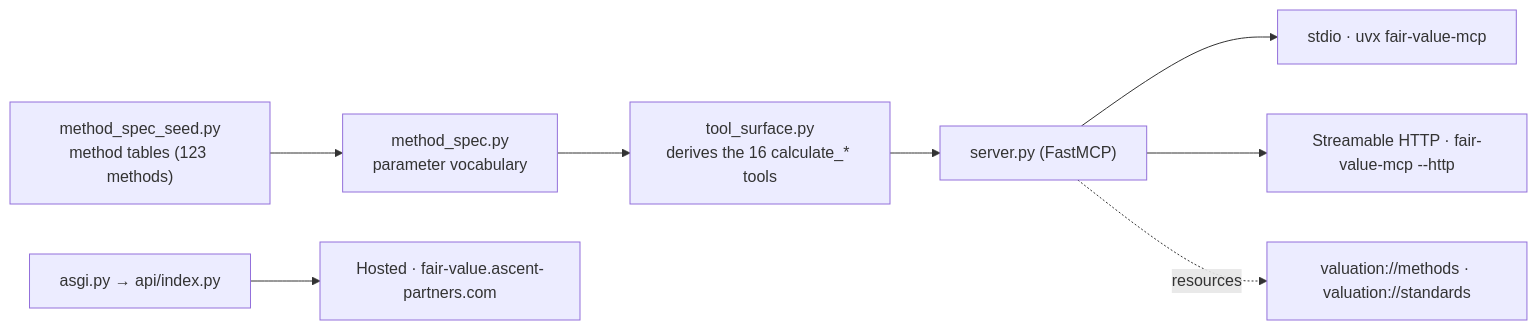
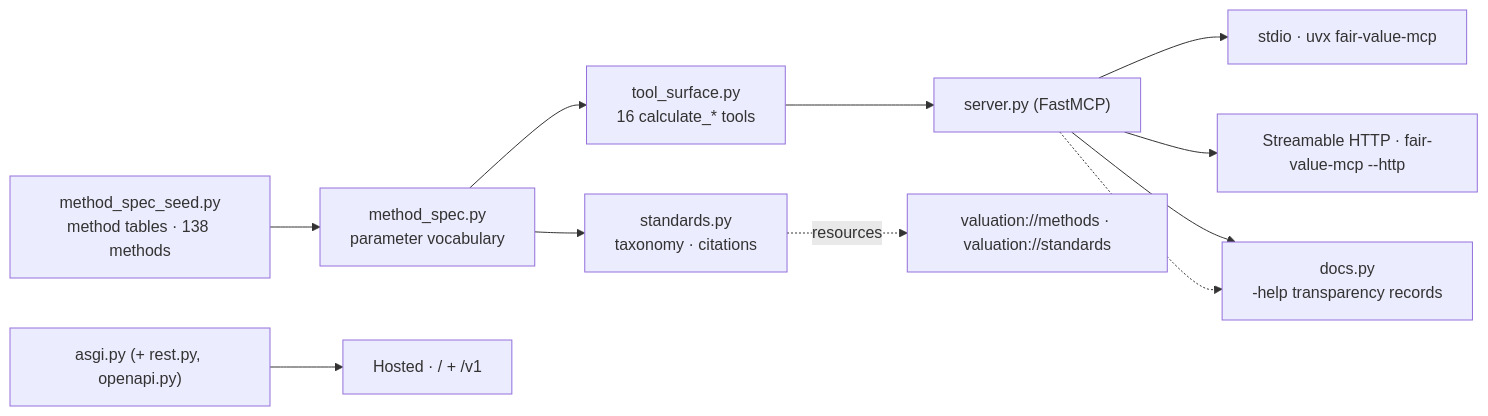
One commit to simonmak-ascent/fair-value changed the second of 4 diagrams in README.md. Above: the diagram before and after it, drawn with Mermaid. The commit also changed other lines of this file and 11 other files, not shown here.

````diff
--- a/README.md
+++ b/README.md
@@ -104,10 +125,13 @@
 ```mermaid
 flowchart LR
-    SEED["method_spec_seed.py<br/>method tables (123 methods)"] --> SPEC["method_spec.py<br/>parameter vocabulary"]
-    SPEC --> SURF["tool_surface.py<br/>derives the 16 calculate_* tools"]
-    SURF --> SRV["server.py (FastMCP)"]
-    SRV --> STDIO["stdio · uvx fair-value-mcp"]
-    SRV --> HTTP["Streamable HTTP · fair-value-mcp --http"]
-    ASGI["asgi.py → api/index.py"] --> HOST["Hosted · fair-value.ascent-partners.com"]
-    SRV -.->|resources| RES["valuation://methods · valuation://standards"]
+  SEED["method_spec_seed.py<br/>method tables · 138 methods"] --> SPEC["method_spec.py<br/>parameter vocabulary"]
+  SPEC --> SURF["tool_surface.py<br/>16 calculate_* tools"]
+  SPEC --> STD["standards.py<br/>taxonomy · citations"]
+  SURF --> SRV["server.py (FastMCP)"]
+  SRV --> STDIO["stdio · uvx fair-value-mcp"]
+  SRV --> HTTP["Streamable HTTP · fair-value-mcp --http"]
+  ASGI["asgi.py (+ rest.py, openapi.py)"] --> HOST["Hosted · / + /v1"]
+  SRV --> DOCS["docs.py<br/>-help transparency records"]
+  STD -.->|resources| RES["valuation://methods · valuation://standards"]
+  SRV -.-> DOCS
 ```
````
